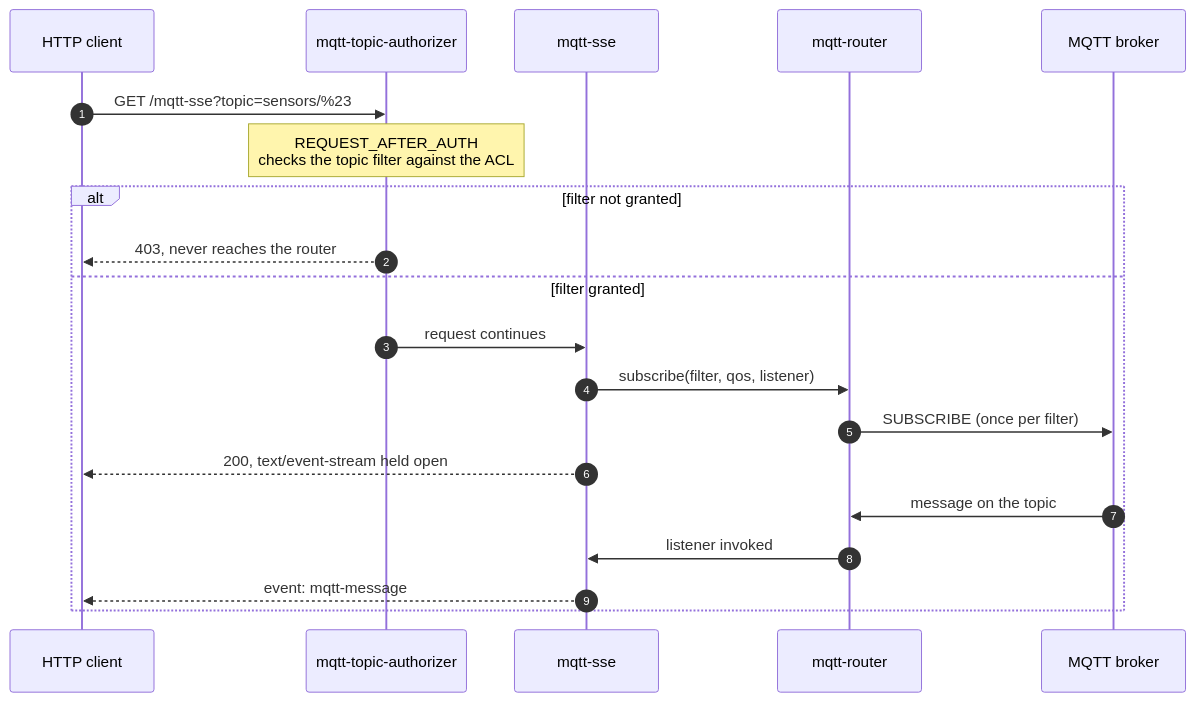
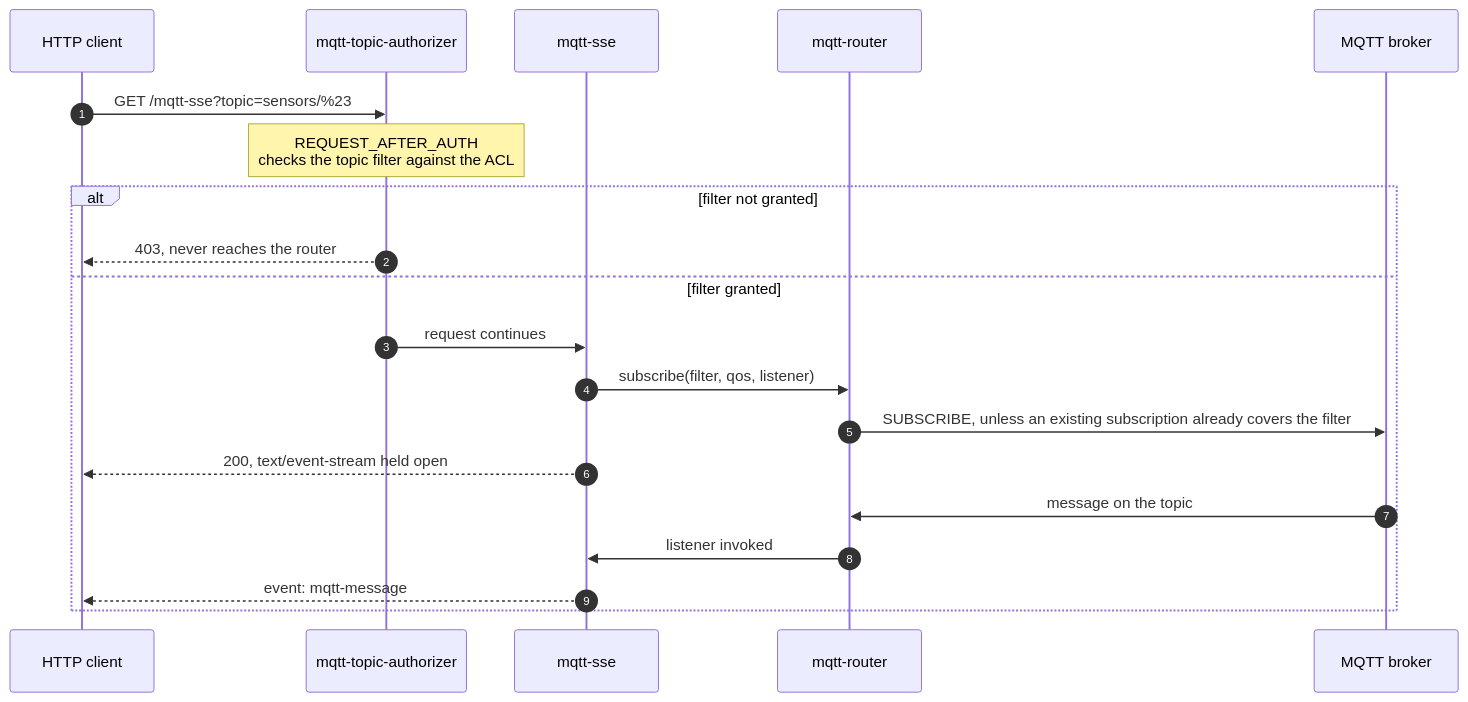
One commit to SoftInstigate/restheart changed the third of 5 diagrams in mqtt/README.md. Above: the diagram before and after it, drawn with Mermaid. The commit also changed other lines of this file and 1 other file, not shown here.

````diff
--- a/mqtt/README.md
+++ b/mqtt/README.md
@@ -113,23 +128,23 @@
 ```mermaid
 sequenceDiagram
     autonumber
     participant C as HTTP client
     participant A as mqtt-topic-authorizer
     participant S as mqtt-sse
     participant R as mqtt-router
     participant B as MQTT broker
 
     C->>A: GET /mqtt-sse?topic=sensors/%23
     Note over A: REQUEST_AFTER_AUTH<br>checks the topic filter against the ACL
     alt filter not granted
         A-->>C: 403, never reaches the router
     else filter granted
         A->>S: request continues
         S->>R: subscribe(filter, qos, listener)
-        R->>B: SUBSCRIBE (once per filter)
+        R->>B: SUBSCRIBE, unless an existing subscription already covers the filter
         S-->>C: 200, text/event-stream held open
         B->>R: message on the topic
         R->>S: listener invoked
         S-->>C: event: mqtt-message
     end
 ```
````
